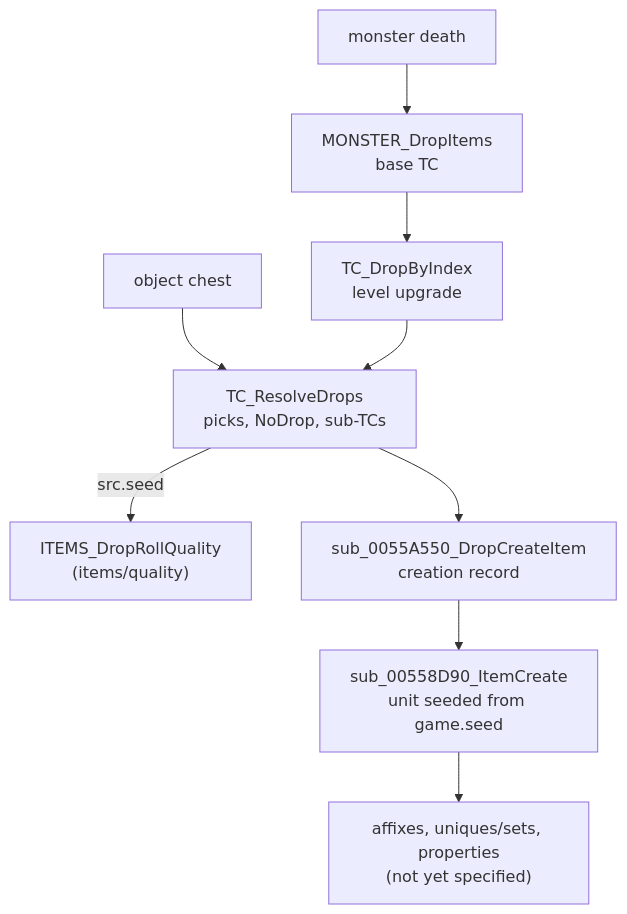
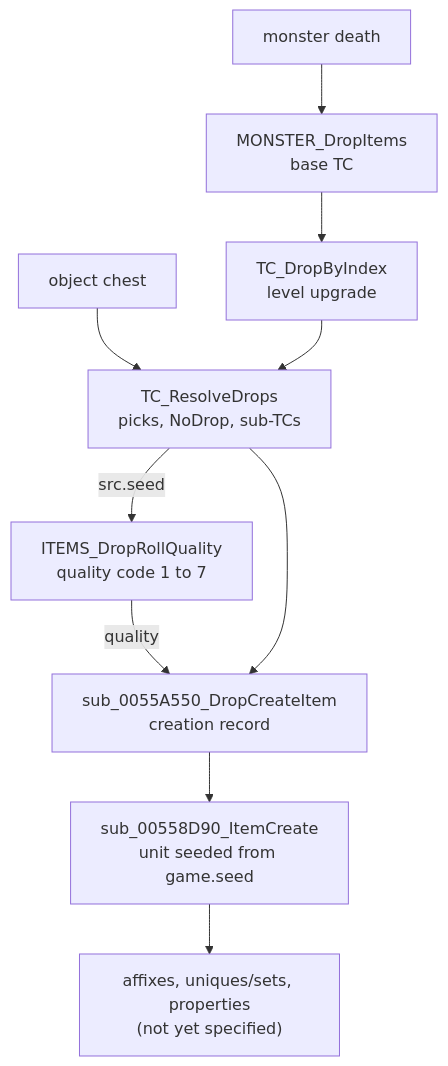
One commit to IgorKonovalov/diablo-2-recompilation changed the diagram in docs/specs/items/README.md. Above: the diagram before and after it, drawn with Mermaid. The commit also changed other lines of this file and 4 other files, not shown here.

Commit message:
docs(specs): items/quality drafted, plan 0010 Phase 3

````diff
--- a/docs/specs/items/README.md
+++ b/docs/specs/items/README.md
@@ -31,11 +31,12 @@
 ```mermaid
 flowchart TD
   death["monster death"] --> MD["MONSTER_DropItems<br/>base TC"]
   chest["object chest"] --> R
   MD --> UP["TC_DropByIndex<br/>level upgrade"]
   UP --> R["TC_ResolveDrops<br/>picks, NoDrop, sub-TCs"]
-  R -->|"src.seed"| Q["ITEMS_DropRollQuality<br/>(items/quality)"]
+  R -->|"src.seed"| Q["ITEMS_DropRollQuality<br/>quality code 1 to 7"]
+  Q -->|"quality"| C
   R --> C["sub_0055A550_DropCreateItem<br/>creation record"]
   C --> IC["sub_00558D90_ItemCreate<br/>unit seeded from game.seed"]
   IC --> later["affixes, uniques/sets, properties<br/>(not yet specified)"]
 ```
````
